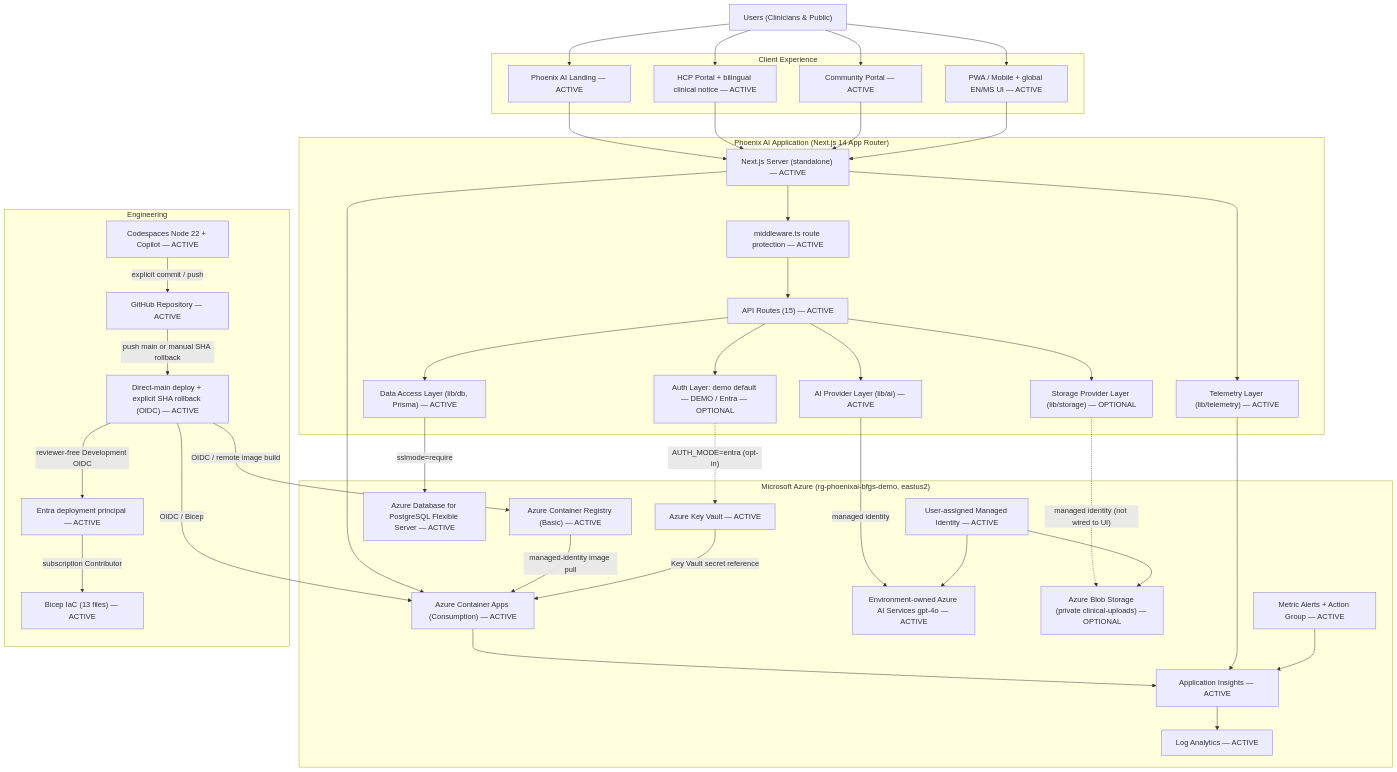
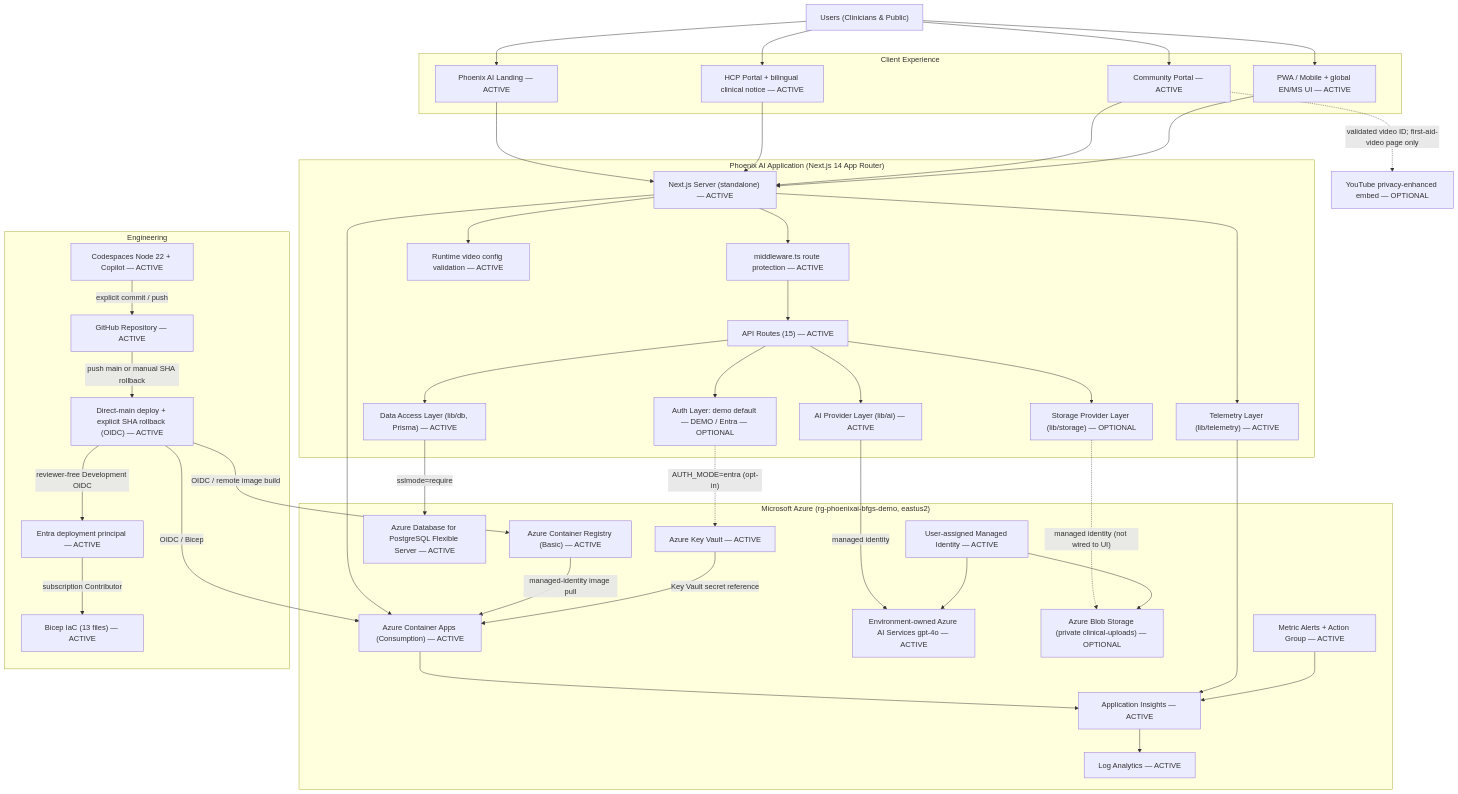
One commit to polyfuze4336-bot/phoenix-ai-azure changed the diagram in docs/architecture/current-architecture.md. Above: the diagram before and after it, drawn with Mermaid. The commit also changed other lines of this file and 30 other files, not shown here.

```diff
--- a/docs/architecture/current-architecture.md
+++ b/docs/architecture/current-architecture.md
@@ -71,8 +71,11 @@
         AIProvider["AI Provider Layer (lib/ai) — ACTIVE"]
         Data["Data Access Layer (lib/db, Prisma) — ACTIVE"]
         Storage["Storage Provider Layer (lib/storage) — OPTIONAL"]
+        RuntimeConfig["Runtime video config validation — ACTIVE"]
         Telemetry["Telemetry Layer (lib/telemetry) — ACTIVE"]
     end
+
+    YouTube["YouTube privacy-enhanced embed — OPTIONAL"]
 
     subgraph AZURE["Microsoft Azure (rg-phoenixai-bfgs-demo, eastus2)"]
         ContainerApp["Azure Container Apps (Consumption) — ACTIVE"]
@@ -103,6 +106,7 @@
     Landing --> Next
     HCP --> Next
     Community --> Next
+    Community -.->|"validated video ID; first-aid-video page only"| YouTube
     PWA --> Next
 
     Next --> MW
@@ -112,6 +116,7 @@
     API --> Data
     API --> Storage
     Next --> Telemetry
+    Next --> RuntimeConfig
 
     AIProvider -->|"managed identity"| Foundry
     Data -->|"sslmode=require"| PostgreSQL
```
